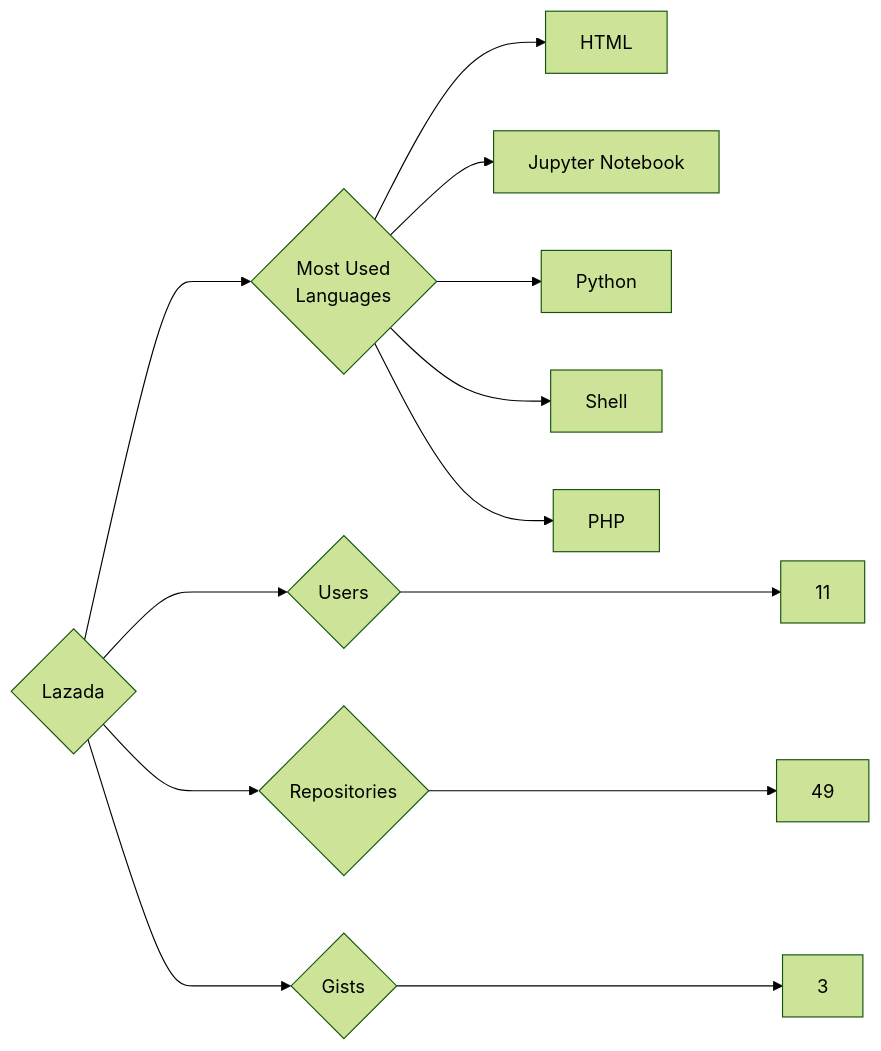
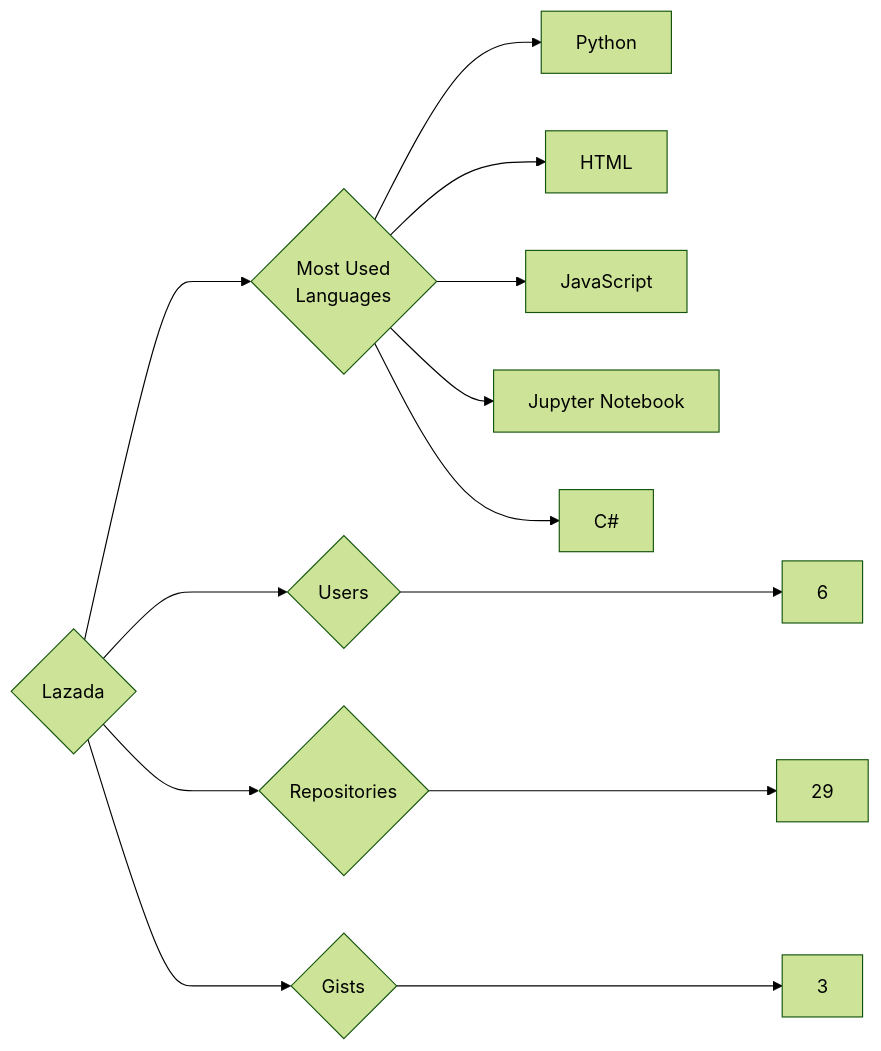
One commit to trickest/insiders changed the diagram in targets/Lazada/README.md. Above: the diagram before and after it, drawn with Mermaid (forest theme). The commit also changed 912 other files, not shown here.

````diff
--- a/targets/Lazada/README.md
+++ b/targets/Lazada/README.md
@@ -3,13 +3,13 @@
 ```mermaid
 graph LR
 COMPANY_NAME{Lazada}
-COMPANY_NAME ---> U{Users} ---> UN[11]
-COMPANY_NAME ---> R{Repositories} ---> RN[49]
+COMPANY_NAME ---> U{Users} ---> UN[6]
+COMPANY_NAME ---> R{Repositories} ---> RN[29]
 COMPANY_NAME ---> G{Gists} ---> GN[3]
 COMPANY_NAME ---> ML{Most Used<br>Languages}
+ML --> Python[Python]
 ML --> HTML[HTML]
+ML --> JavaScript[JavaScript]
 ML --> Jupyter_Notebook[Jupyter Notebook]
-ML --> Python[Python]
-ML --> Shell[Shell]
-ML --> PHP[PHP]
+ML --> C#[C#]
 ```
````
